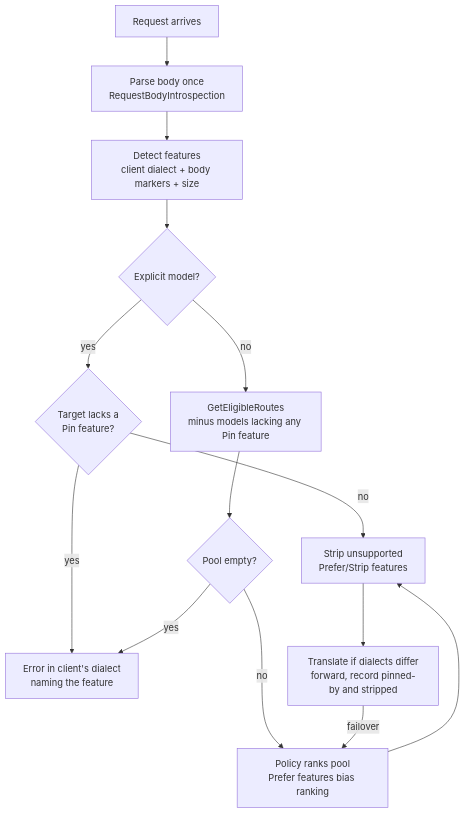
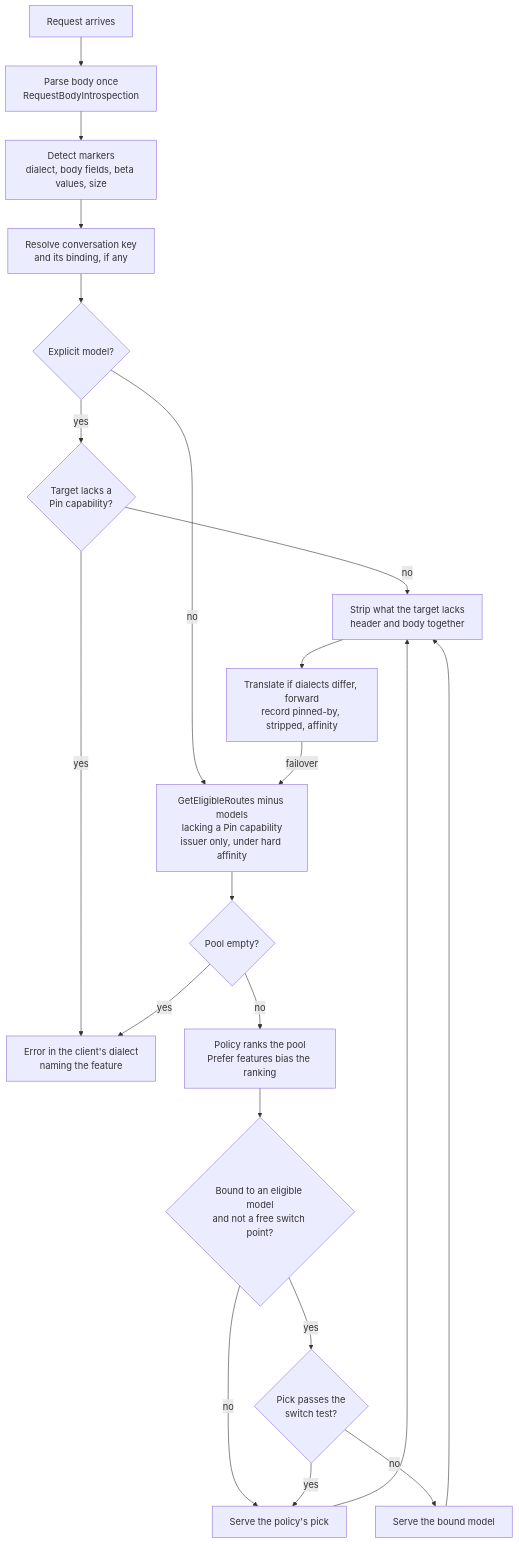
The diagram in docs/adr/0017-pin-auto-routed-requests-only-when-they-carry-backend-specific-features.md (davidpizon/TotallyHot-ArcRouter), drawn with Mermaid before and after one commit. The commit also changed other lines of this file and 5 other files, not shown here.

First line of the commit message:
Revise ADR-0017 around per-model capabilities and conversation affinity

````diff
--- a/docs/adr/0017-pin-auto-routed-requests-only-when-they-carry-backend-specific-features.md
+++ b/docs/adr/0017-pin-auto-routed-requests-only-when-they-carry-backend-specific-features.md
@@ -109,16 +213,23 @@
 ```mermaid
 flowchart TD
     A[Request arrives] --> B[Parse body once<br/>RequestBodyIntrospection]
-    B --> C[Detect features<br/>client dialect + body markers + size]
-    C --> D{Explicit model?}
-    D -- yes --> E{Target lacks a<br/>Pin feature?}
-    E -- yes --> F[Error in client's dialect<br/>naming the feature]
-    E -- no --> G[Strip unsupported<br/>Prefer/Strip features]
-    D -- no --> H[GetEligibleRoutes<br/>minus models lacking any Pin feature]
+    B --> C[Detect markers<br/>dialect, body fields, beta values, size]
+    C --> D[Resolve conversation key<br/>and its binding, if any]
+    D --> E{Explicit model?}
+    E -- yes --> F{Target lacks a<br/>Pin capability?}
+    F -- yes --> G[Error in the client's dialect<br/>naming the feature]
+    F -- no --> S[Strip what the target lacks<br/>header and body together]
+    E -- no --> H[GetEligibleRoutes minus models<br/>lacking a Pin capability<br/>issuer only, under hard affinity]
     H --> I{Pool empty?}
-    I -- yes --> F
-    I -- no --> J[Policy ranks pool<br/>Prefer features bias ranking]
-    J --> G
-    G --> K[Translate if dialects differ<br/>forward, record pinned-by and stripped]
-    K -- failover --> J
+    I -- yes --> G
+    I -- no --> P[Policy ranks the pool<br/>Prefer features bias the ranking]
+    P --> J{Bound to an eligible model<br/>and not a free switch point?}
+    J -- no --> K[Serve the policy's pick]
+    J -- yes --> L{Pick passes the<br/>switch test?}
+    L -- yes --> K
+    L -- no --> M[Serve the bound model]
+    K --> S
+    M --> S
+    S --> N[Translate if dialects differ, forward<br/>record pinned-by, stripped, affinity]
+    N -- failover --> H
 ```
````
